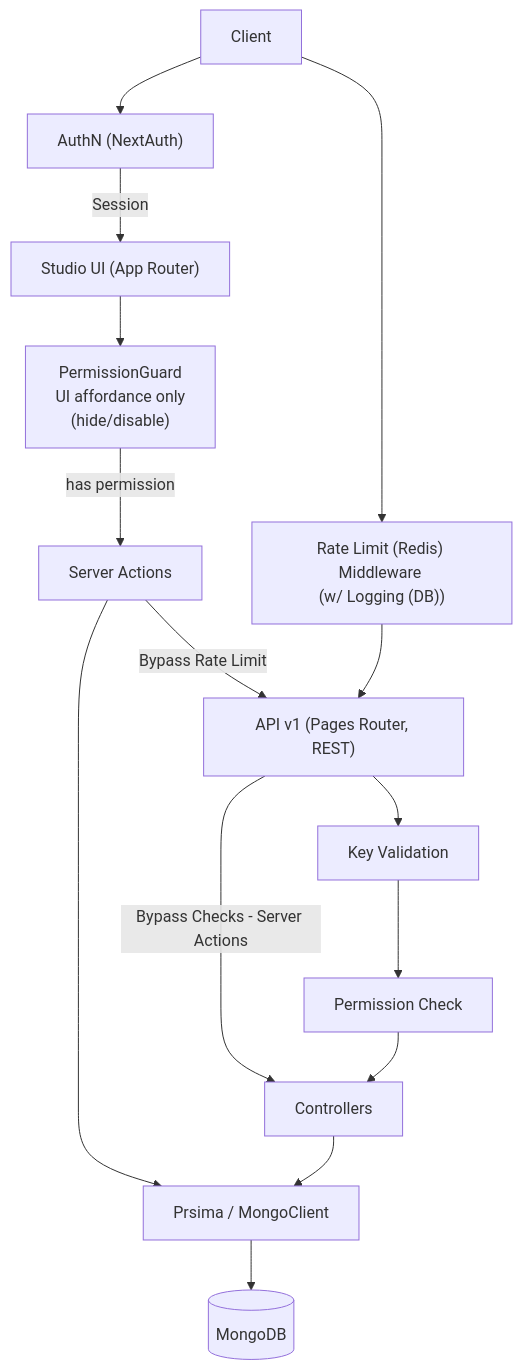
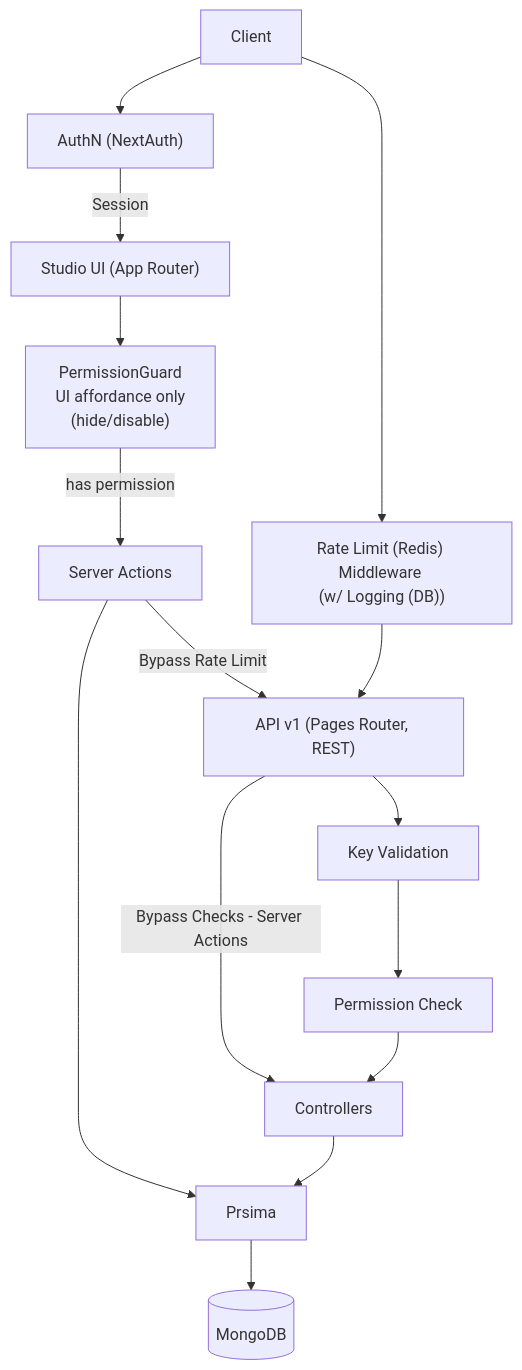
The first of 2 diagrams in CODE-OVERVIEW.md (ByteKatana/simpl-api), drawn with Mermaid before and after one commit.

Commit message:
✏️ docs: update CODE-OVERVIEW.md

````diff
--- a/CODE-OVERVIEW.md
+++ b/CODE-OVERVIEW.md
@@ -35,20 +35,20 @@
 ```mermaid
 graph TD
     Client --> Auth["AuthN (NextAuth)"]
     Auth -->|Session| Studio["Studio UI (App Router)"]
     Client --> RateLimit["`Rate Limit (Redis) Middleware 
     (w/ Logging (DB))`"]
     Studio --> PermissionGuard["`PermissionGuard
     UI affordance only 
     (hide/disable)`"]
     PermissionGuard -->|has permission| Actions["Server Actions"]
     Actions -->|Bypass Rate Limit| APIv1
-    Actions --> DataLayer["Prsima / MongoClient"]
+    Actions --> DataLayer["Prsima"]
     APIv1 -->|Bypass Checks - Server Actions| Controllers
     RateLimit --> APIv1["API v1 (Pages Router, REST)"]
     APIv1 --> KeyValidation["Key Validation"]
     KeyValidation --> PermissionCheck["Permission Check"]
     PermissionCheck --> Controllers["Controllers"]
     Controllers --> DataLayer
     DataLayer --> DB[(MongoDB)]
 ```
````
